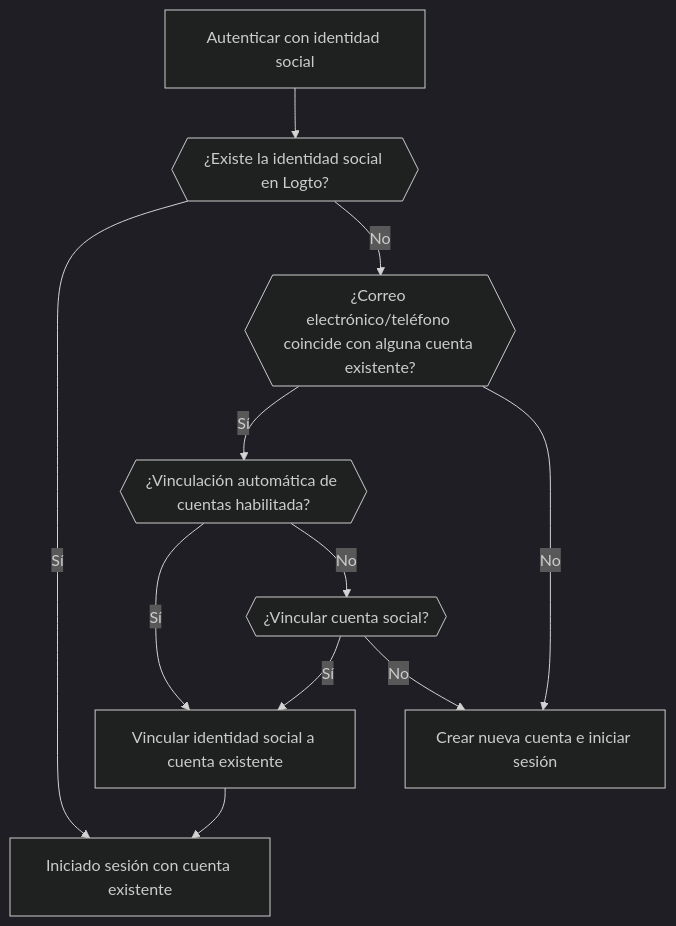
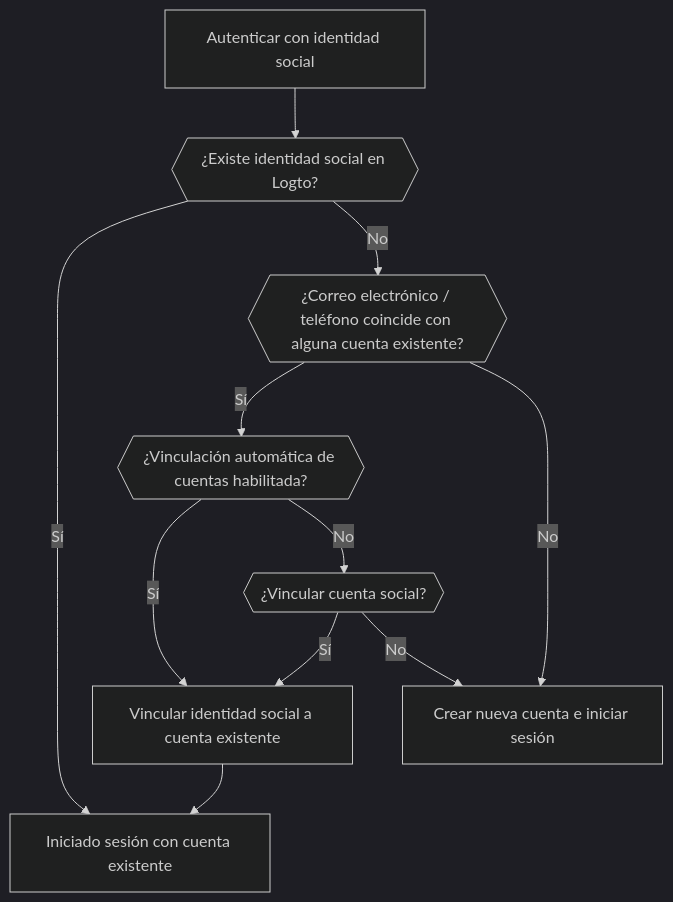
Before and after one commit to logto-io/docs: the third of 6 diagrams in i18n/es/docusaurus-plugin-content-docs/current/end-user-flows/sign-up-and-sign-in/social-sign-in.mdx, drawn with Mermaid (dark theme). The commit also changed other lines of this file and 407 other files, not shown here.

````diff
--- a/i18n/es/docusaurus-plugin-content-docs/current/end-user-flows/sign-up-and-sign-in/social-sign-in.mdx
+++ b/i18n/es/docusaurus-plugin-content-docs/current/end-user-flows/sign-up-and-sign-in/social-sign-in.mdx
@@ -105,13 +105,13 @@
     ```mermaid
     flowchart TD
-    A[Autenticar con identidad social] --> B{{¿Existe la identidad social en Logto?}}
+    A[Autenticar con identidad social] --> B{{¿Existe identidad social en Logto?}}
     B -- Sí --> C[Iniciado sesión con cuenta existente]
-    B -- No --> D{{¿Correo electrónico/teléfono coincide con alguna cuenta existente?}}
+    B -- No --> D{{¿Correo electrónico / teléfono coincide con alguna cuenta existente?}}
     D -- Sí --> E{{¿Vinculación automática de cuentas habilitada?}}
     E -- Sí --> G[Vincular identidad social a cuenta existente]
     G --> C
     D -- No --> H[Crear nueva cuenta e iniciar sesión]
     E -- No --> I{{¿Vincular cuenta social?}}
     I -- Sí --> G
     I -- No --> H
     ```
````
